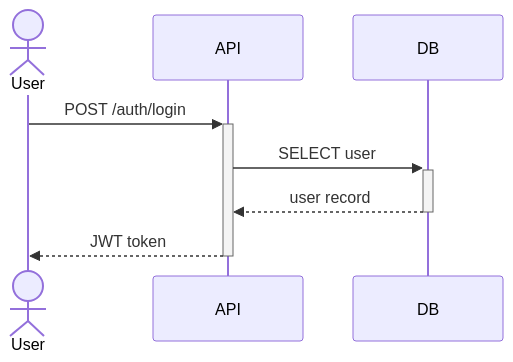
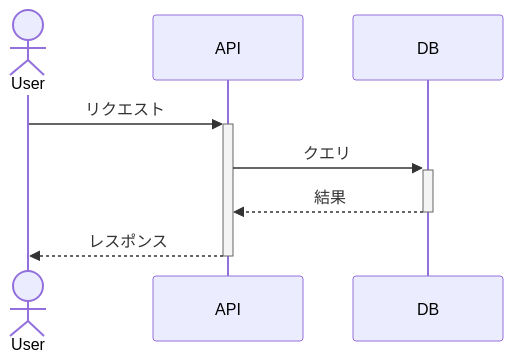
One commit to halfeng202602/halfengineer-sdd-lab changed the third of 3 diagrams in specs/_templates/design-template.md. Above: the diagram before and after it, drawn with Mermaid. The commit also changed other lines of this file and 34 other files, not shown here.

````diff
--- a/specs/_templates/design-template.md
+++ b/specs/_templates/design-template.md
@@ -79,8 +66,8 @@
 ```mermaid
 sequenceDiagram
     actor User
-    User->>+API: POST /auth/login
-    API->>+DB: SELECT user
-    DB-->>-API: user record
-    API-->>-User: JWT token
+    User->>+API: リクエスト
+    API->>+DB: クエリ
+    DB-->>-API: 結果
+    API-->>-User: レスポンス
 ```
````
